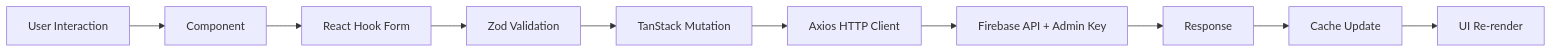
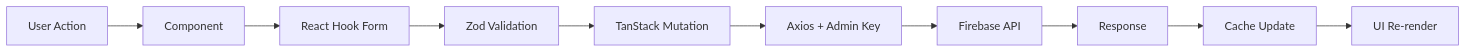
Before and after one commit to ChrisBeep98/nevadotrekadminpanel: the diagram in frontend-docs/frontend_architecture_status.md, drawn with Mermaid. The commit also changed other lines of this file and 25 other files, not shown here.

````diff
--- a/frontend-docs/frontend_architecture_status.md
+++ b/frontend-docs/frontend_architecture_status.md
@@ -190,12 +277,12 @@
 ```mermaid
 graph LR
-    A[User Interaction] --> B[Component]
+    A[User Action] --> B[Component]
     B --> C[React Hook Form]
     C --> D[Zod Validation]
     D --> E[TanStack Mutation]
-    E --> F[Axios HTTP Client]
-    F --> G[Firebase API + Admin Key]
+    E --> F[Axios + Admin Key]
+    F --> G[Firebase API]
     G --> H[Response]
     H --> I[Cache Update]
     I --> J[UI Re-render]
 ```
````
